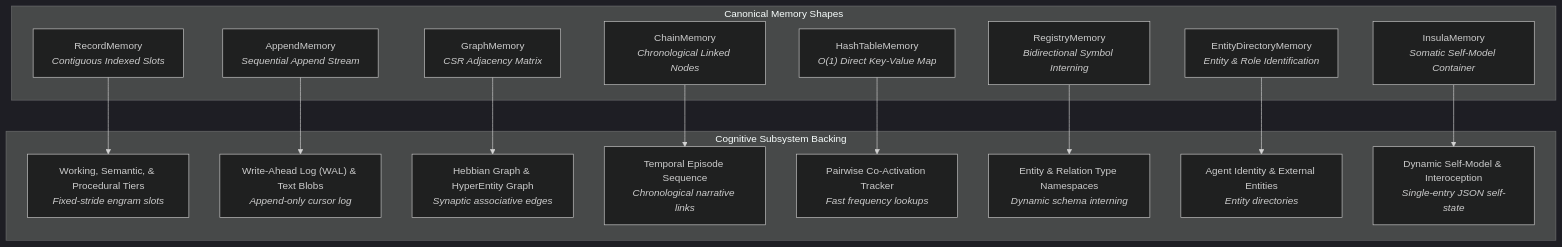
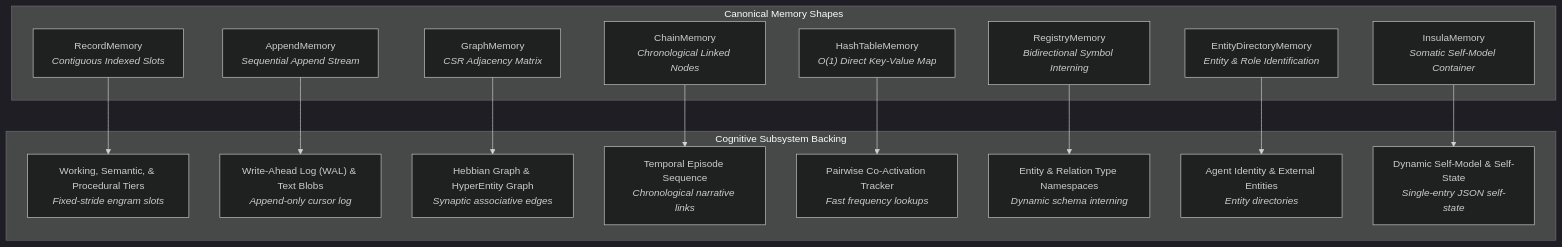
One commit to spectrayan/spector changed the diagram in docs/kernel/shapes.md. Above: the diagram before and after it, drawn with Mermaid (dark theme). The commit also changed other lines of this file and 43 other files, not shown here.

````diff
--- a/docs/kernel/shapes.md
+++ b/docs/kernel/shapes.md
@@ -20,33 +20,33 @@
 ```mermaid
 graph TD
     subgraph "Canonical Memory Shapes"
         RM["RecordMemory<br/><i>Contiguous Indexed Slots</i>"]
         AM["AppendMemory<br/><i>Sequential Append Stream</i>"]
         GM["GraphMemory<br/><i>CSR Adjacency Matrix</i>"]
         CM["ChainMemory<br/><i>Chronological Linked Nodes</i>"]
         HM["HashTableMemory<br/><i>O(1) Direct Key-Value Map</i>"]
         YM["RegistryMemory<br/><i>Bidirectional Symbol Interning</i>"]
         EM["EntityDirectoryMemory<br/><i>Entity & Role Identification</i>"]
         IM["InsulaMemory<br/><i>Somatic Self-Model Container</i>"]
     end
 
     subgraph "Cognitive Subsystem Backing"
         T1["Working, Semantic, & Procedural Tiers<br/><i>Fixed-stride engram slots</i>"]
         T2["Write-Ahead Log (WAL) & Text Blobs<br/><i>Append-only cursor log</i>"]
         T3["Hebbian Graph & HyperEntity Graph<br/><i>Synaptic associative edges</i>"]
         T4["Temporal Episode Sequence<br/><i>Chronological narrative links</i>"]
         T5["Pairwise Co-Activation Tracker<br/><i>Fast frequency lookups</i>"]
         T6["Entity & Relation Type Namespaces<br/><i>Dynamic schema interning</i>"]
         T7["Agent Identity & External Entities<br/><i>Entity directories</i>"]
-        T8["Dynamic Self-Model & Interoception<br/><i>Single-entry JSON self-state</i>"]
+        T8["Dynamic Self-Model &amp; Self-State<br/><i>Single-entry JSON self-state</i>"]
     end
 
     RM --> T1
     AM --> T2
     GM --> T3
     CM --> T4
     HM --> T5
     YM --> T6
     EM --> T7
     IM --> T8
 ```
````
